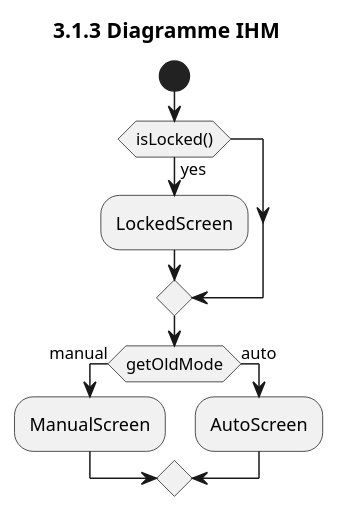
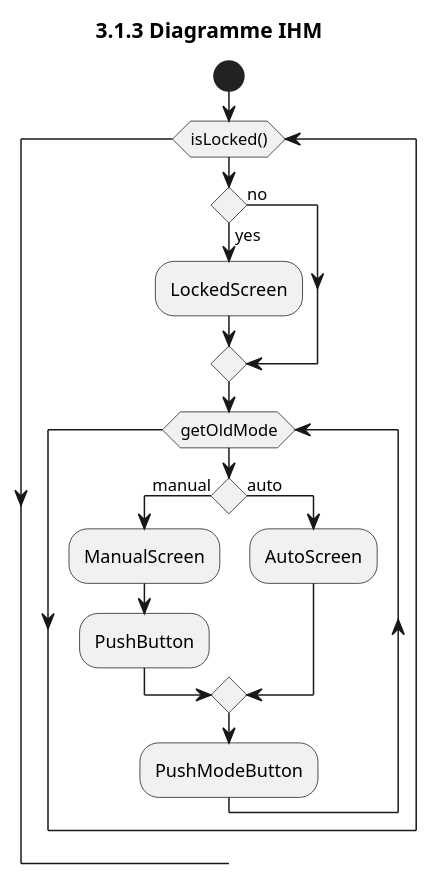
Before and after one commit to Larson-09/PATO_Project: the diagram in Diagrammes UML/3.1.3 - Les écrans/3.1.3 - Diagramme IHM - EN.puml, drawn with PlantUML.

Commit message:
Diagramme IHM pas fini

```diff
--- a/Diagrammes UML/3.1.3 - Les écrans/3.1.3 - Diagramme IHM - EN.puml
+++ b/Diagrammes UML/3.1.3 - Les écrans/3.1.3 - Diagramme IHM - EN.puml
@@ -1,15 +1,20 @@
 @startuml
 title 3.1.3 Diagramme IHM
 
 start
-
-if (isLocked()) then (yes)
+while (isLocked())
+if () then (yes)
   :LockedScreen;
+else(no)
 endif
-if (getOldMode) then (manual)
+while (getOldMode)
+if()then (manual)
   :ManualScreen;
+  :PushButton;
 else (auto)
   :AutoScreen;
 endif
-
+:PushModeButton;
+endwhile
+endwhile
 @enduml
```
